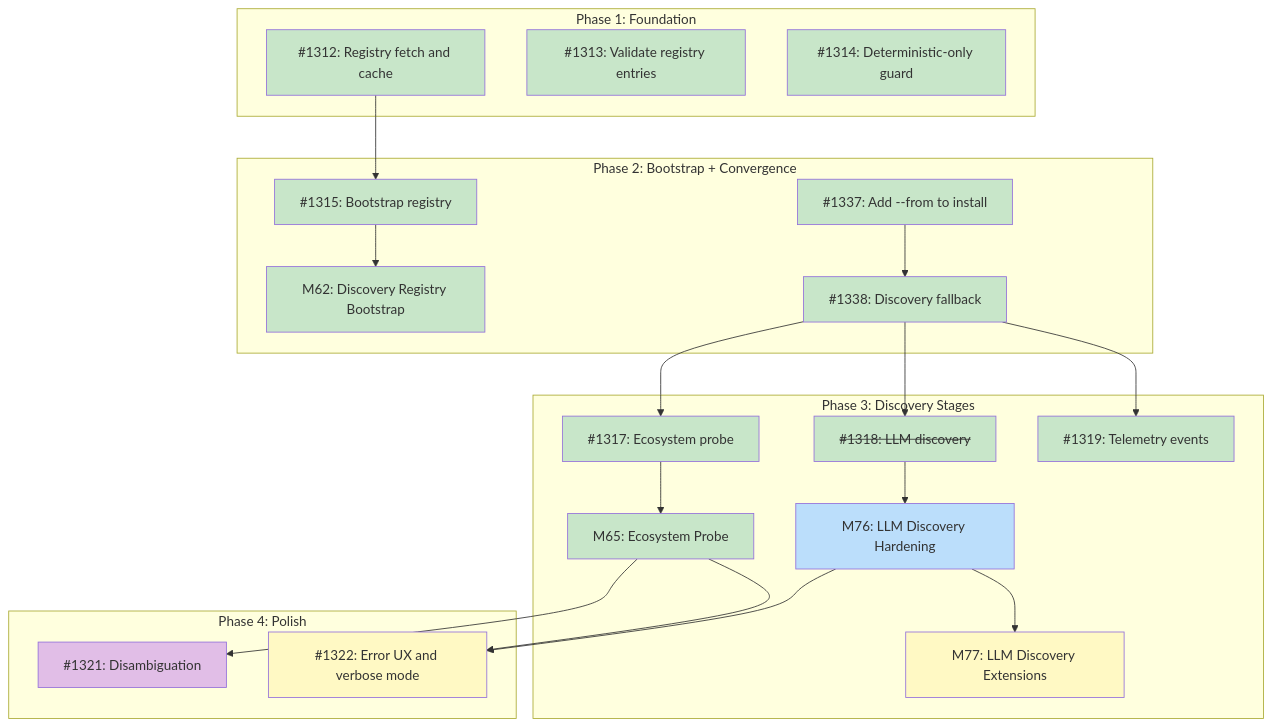
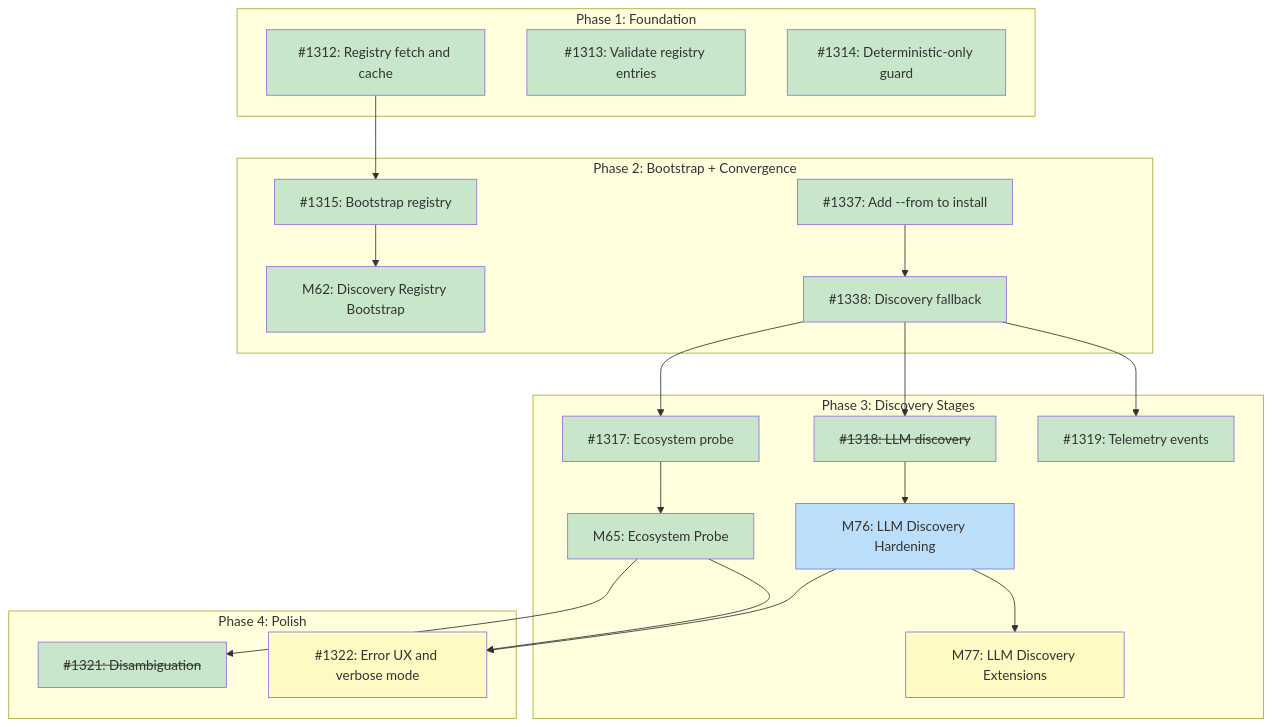
The diagram in docs/designs/DESIGN-discovery-resolver.md (tsukumogami/tsuku), drawn with Mermaid before and after one commit. The commit also changed other lines of this file and 4 other files, not shown here.

````diff
--- a/docs/designs/DESIGN-discovery-resolver.md
+++ b/docs/designs/DESIGN-discovery-resolver.md
@@ -68,60 +68,60 @@
 ```mermaid
 graph TD
     subgraph Phase1["Phase 1: Foundation"]
         I1312["#1312: Registry fetch and cache"]
         I1313["#1313: Validate registry entries"]
         I1314["#1314: Deterministic-only guard"]
     end
 
     subgraph Phase2["Phase 2: Bootstrap + Convergence"]
         M62["M62: Discovery Registry Bootstrap"]
         I1315["#1315: Bootstrap registry"]
         I1337["#1337: Add --from to install"]
         I1338["#1338: Discovery fallback"]
     end
 
     subgraph Phase3["Phase 3: Discovery Stages"]
         I1317["#1317: Ecosystem probe"]
         M65["M65: Ecosystem Probe"]
         I1318["<s>#1318: LLM discovery</s>"]
         M76["M76: LLM Discovery Hardening"]
         M77["M77: LLM Discovery Extensions"]
         I1319["#1319: Telemetry events"]
     end
 
     subgraph Phase4["Phase 4: Polish"]
-        I1321["#1321: Disambiguation"]
+        I1321["<s>#1321: Disambiguation</s>"]
         I1322["#1322: Error UX and verbose mode"]
     end
 
     I1312 --> I1315
     I1315 --> M62
     I1337 --> I1338
     I1338 --> I1317
     I1317 --> M65
     I1338 --> I1318
     I1318 --> M76
     M76 --> M77
     I1338 --> I1319
     M65 --> I1321
     M65 --> I1322
     M76 --> I1322
 
     classDef done fill:#c8e6c9
     classDef ready fill:#bbdefb
     classDef blocked fill:#fff9c4
     classDef needsDesign fill:#e1bee7
 
     class I1312,I1313,I1314 done
     class I1337,I1338 done
     class I1319 done
     class I1317 done
     class I1318 done
     class M76 ready
     class M77 blocked
     class M65 done
     class M62 done
     class I1315 done
-    class I1321 needsDesign
+    class I1321 done
     class I1322 blocked
 ```
````
